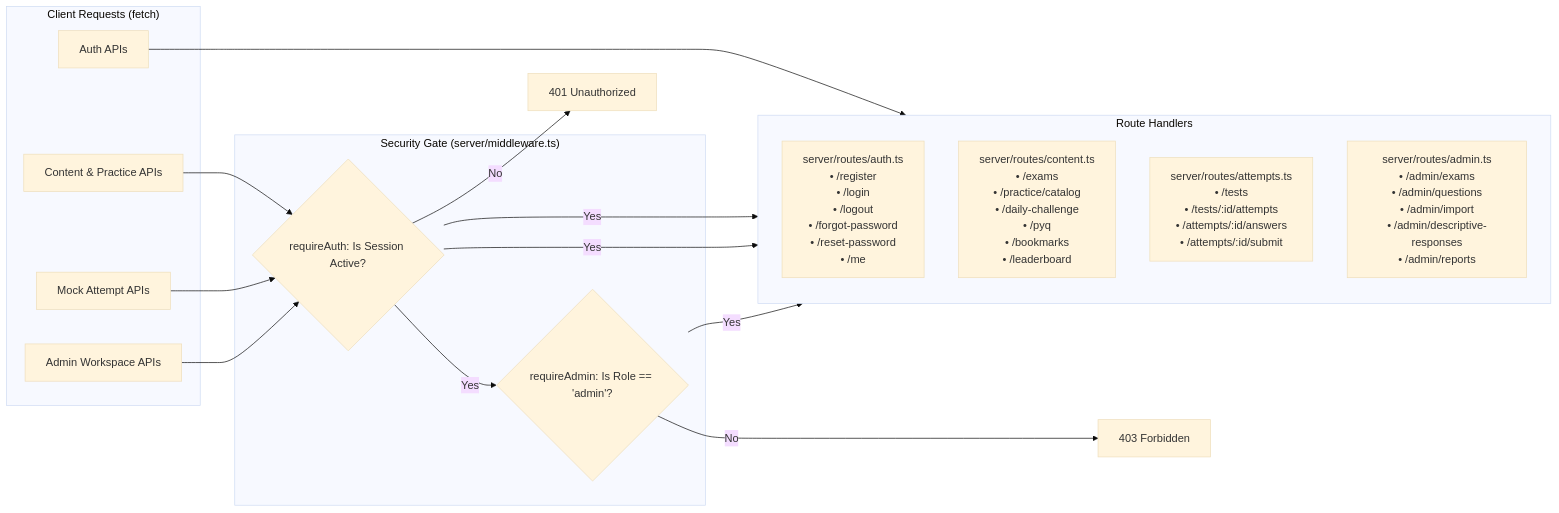
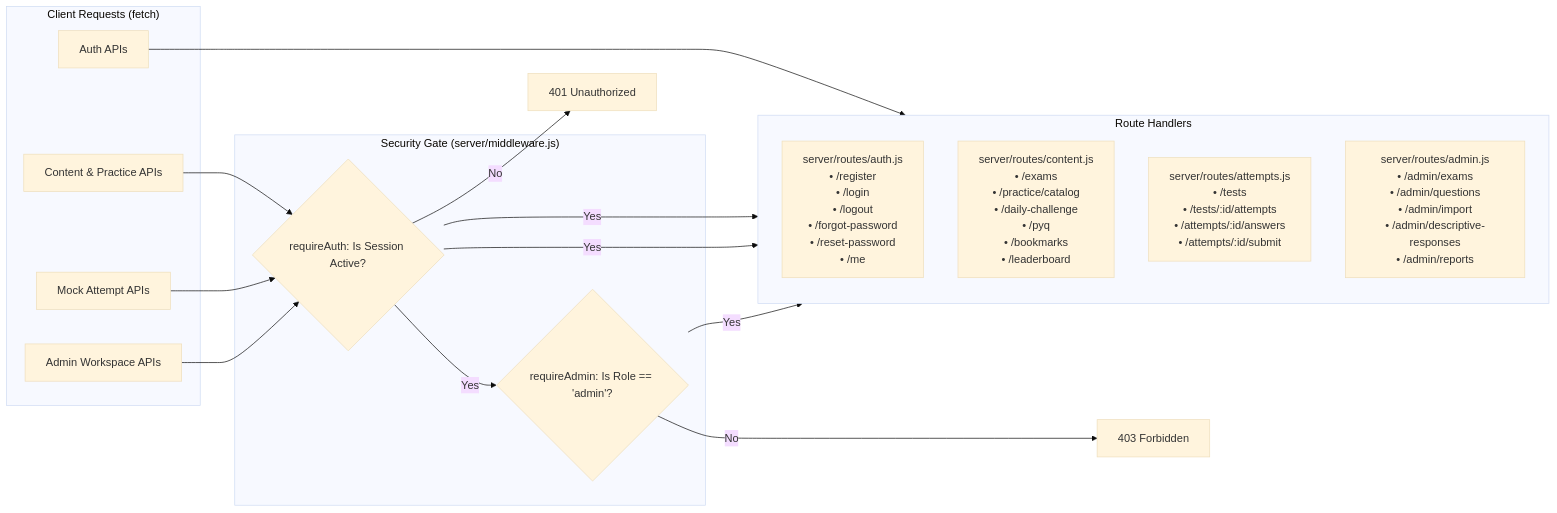
One commit to phoenix-030/Banking-Production- changed the fourth of 5 diagrams in docs/ARCHITECTURE.md. Above: the diagram before and after it, drawn with Mermaid (base theme). The commit also changed other lines of this file and 1 other file, not shown here.

Commit message:
Update README and ARCHITECTURE documentation for new JSX/JS architecture and features

````diff
--- a/docs/ARCHITECTURE.md
+++ b/docs/ARCHITECTURE.md
@@ -150,34 +150,34 @@
 ```mermaid
 flowchart LR
     subgraph ClientRequests ["Client Requests (fetch)"]
         AuthReq["Auth APIs"]
         ContentReq["Content & Practice APIs"]
         ExamReq["Mock Attempt APIs"]
         AdminReq["Admin Workspace APIs"]
     end
 
-    subgraph SecurityGate ["Security Gate (server/middleware.ts)"]
+    subgraph SecurityGate ["Security Gate (server/middleware.js)"]
         CheckAuth{"requireAuth: Is Session Active?"}
         CheckAdmin{"requireAdmin: Is Role == 'admin'?"}
     end
 
     subgraph RouteHandlers ["Route Handlers"]
         direction TB
-        AuthH["server/routes/auth.ts\n• /register\n• /login\n• /logout\n• /forgot-password\n• /reset-password\n• /me"]
-        ContentH["server/routes/content.ts\n• /exams\n• /practice/catalog\n• /daily-challenge\n• /pyq\n• /bookmarks\n• /leaderboard"]
-        AttemptH["server/routes/attempts.ts\n• /tests\n• /tests/:id/attempts\n• /attempts/:id/answers\n• /attempts/:id/submit"]
-        AdminH["server/routes/admin.ts\n• /admin/exams\n• /admin/questions\n• /admin/import\n• /admin/descriptive-responses\n• /admin/reports"]
+        AuthH["server/routes/auth.js\n• /register\n• /login\n• /logout\n• /forgot-password\n• /reset-password\n• /me"]
+        ContentH["server/routes/content.js\n• /exams\n• /practice/catalog\n• /daily-challenge\n• /pyq\n• /bookmarks\n• /leaderboard"]
+        AttemptH["server/routes/attempts.js\n• /tests\n• /tests/:id/attempts\n• /attempts/:id/answers\n• /attempts/:id/submit"]
+        AdminH["server/routes/admin.js\n• /admin/exams\n• /admin/questions\n• /admin/import\n• /admin/descriptive-responses\n• /admin/reports"]
     end
 
     AuthReq --> AuthH
     ContentReq --> CheckAuth
     ExamReq --> CheckAuth
     AdminReq --> CheckAuth
 
     CheckAuth -->|Yes| ContentH
     CheckAuth -->|Yes| AttemptH
     CheckAuth -->|Yes| CheckAdmin
     CheckAdmin -->|Yes| AdminH
     CheckAuth -->|No| R401["401 Unauthorized"]
     CheckAdmin -->|No| R403["403 Forbidden"]
 ```
````
